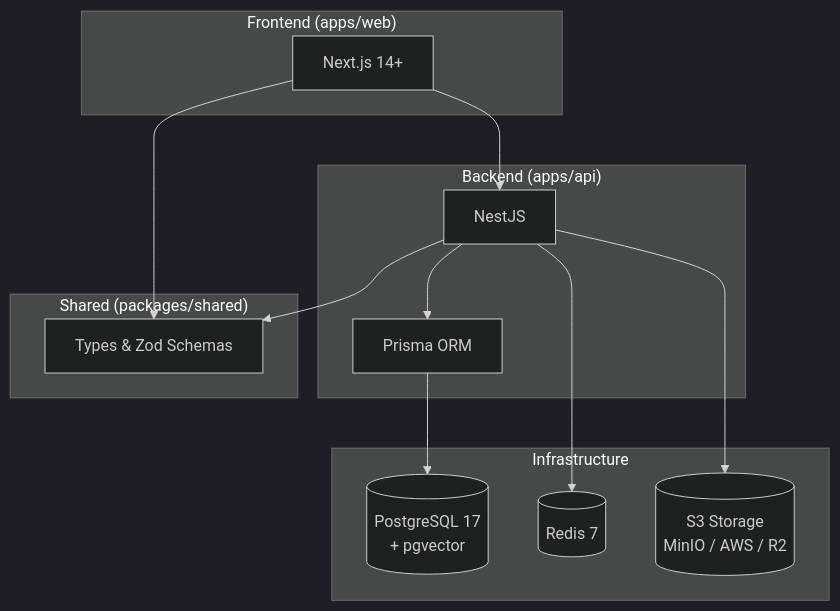
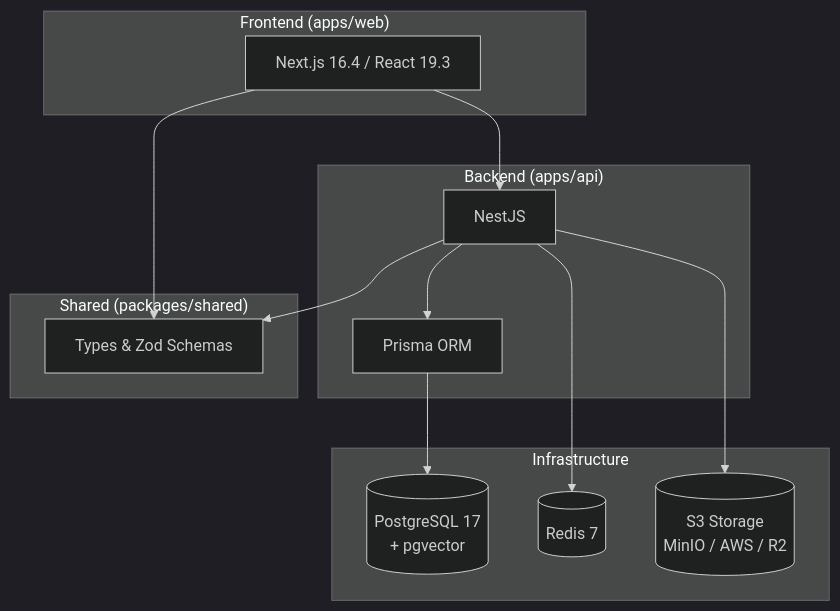
The diagram in README.md (kbudisantoso/ktb.clubmanager), drawn with Mermaid (dark theme) before and after one commit. The commit also changed other lines of this file and 12 other files, not shown here.

````diff
--- a/README.md
+++ b/README.md
@@ -135,29 +135,29 @@
 ```mermaid
 graph TB
     subgraph "Frontend (apps/web)"
-        WEB[Next.js 14+]
+        WEB[Next.js 16.4 / React 19.3]
     end
 
     subgraph "Backend (apps/api)"
         API[NestJS]
         PRISMA[Prisma ORM]
     end
 
     subgraph "Shared (packages/shared)"
         TYPES[Types & Zod Schemas]
     end
 
     subgraph "Infrastructure"
         PG[(PostgreSQL 17<br/>+ pgvector)]
         RD[(Redis 7)]
         S3[(S3 Storage<br/>MinIO / AWS / R2)]
     end
 
     WEB --> API
     WEB --> TYPES
     API --> TYPES
     API --> PRISMA
     PRISMA --> PG
     API --> RD
     API --> S3
 ```
````
